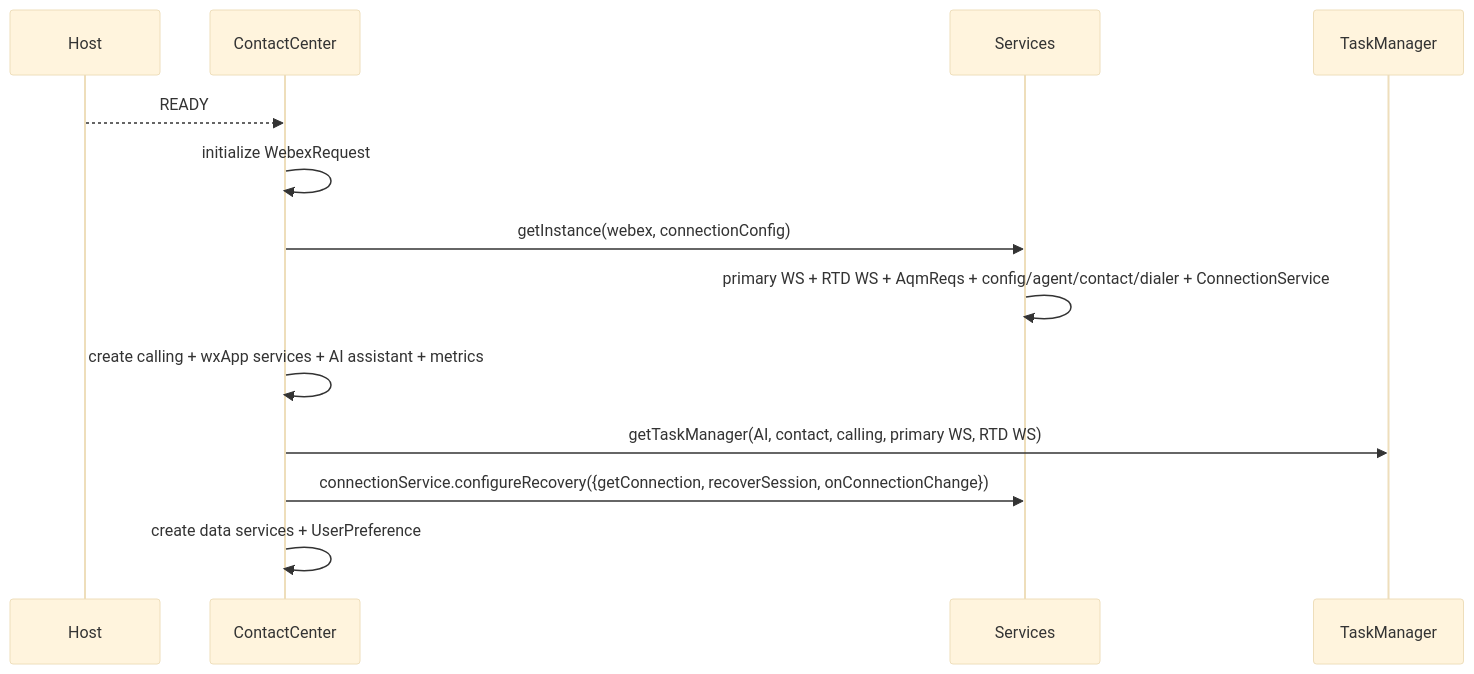
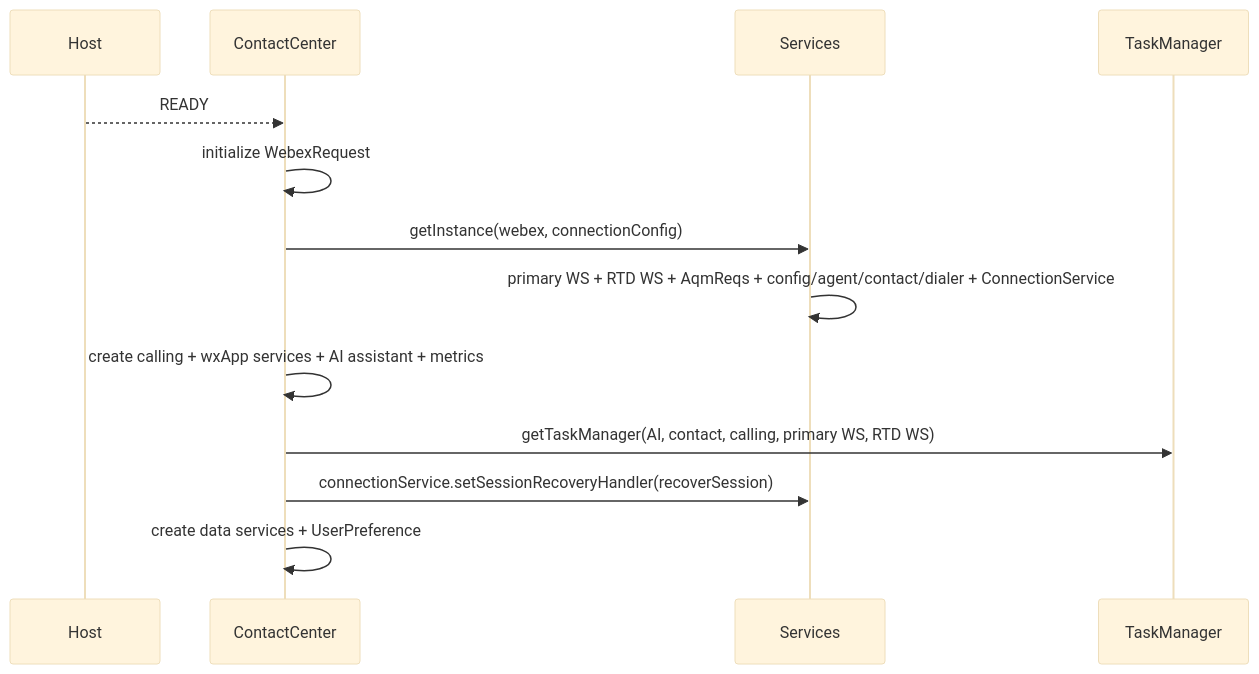
One commit to webex/webex-js-sdk changed the first of 12 diagrams in packages/@webex/contact-center/src/services/docs/README.md. Above: the diagram before and after it, drawn with Mermaid (base theme). The commit also changed other lines of this file and 9 other files, not shown here.

Commit message:
refactor(contact-center): simplify recovery service wiring

````diff
--- a/packages/@webex/contact-center/src/services/docs/README.md
+++ b/packages/@webex/contact-center/src/services/docs/README.md
@@ -335,15 +336,15 @@
 ```mermaid
 sequenceDiagram
   participant Host
   participant CC as ContactCenter
   participant S as Services
   participant TM as TaskManager
   Host-->>CC: READY
   CC->>CC: initialize WebexRequest
   CC->>S: getInstance(webex, connectionConfig)
   S->>S: primary WS + RTD WS + AqmReqs + config/agent/contact/dialer + ConnectionService
   CC->>CC: create calling + wxApp services + AI assistant + metrics
   CC->>TM: getTaskManager(AI, contact, calling, primary WS, RTD WS)
-  CC->>S: connectionService.configureRecovery({getConnection, recoverSession, onConnectionChange})
+  CC->>S: connectionService.setSessionRecoveryHandler(recoverSession)
   CC->>CC: create data services + UserPreference
 ```
````
